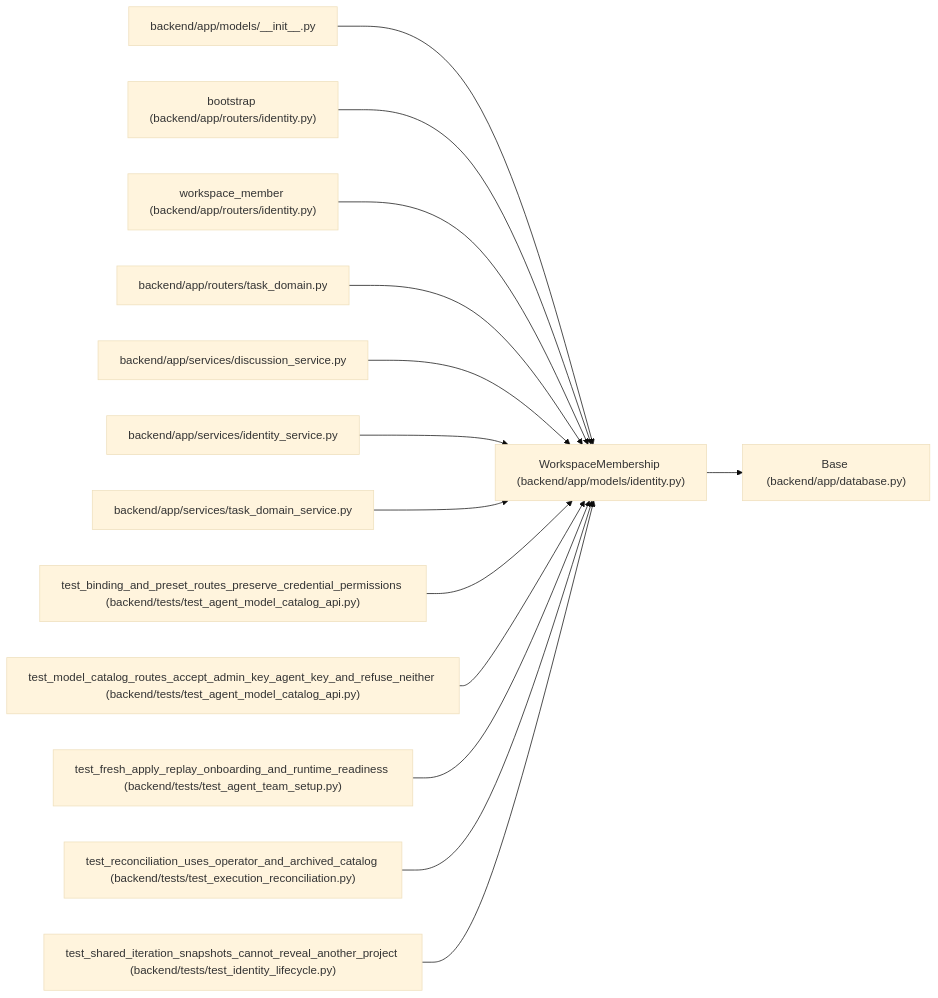
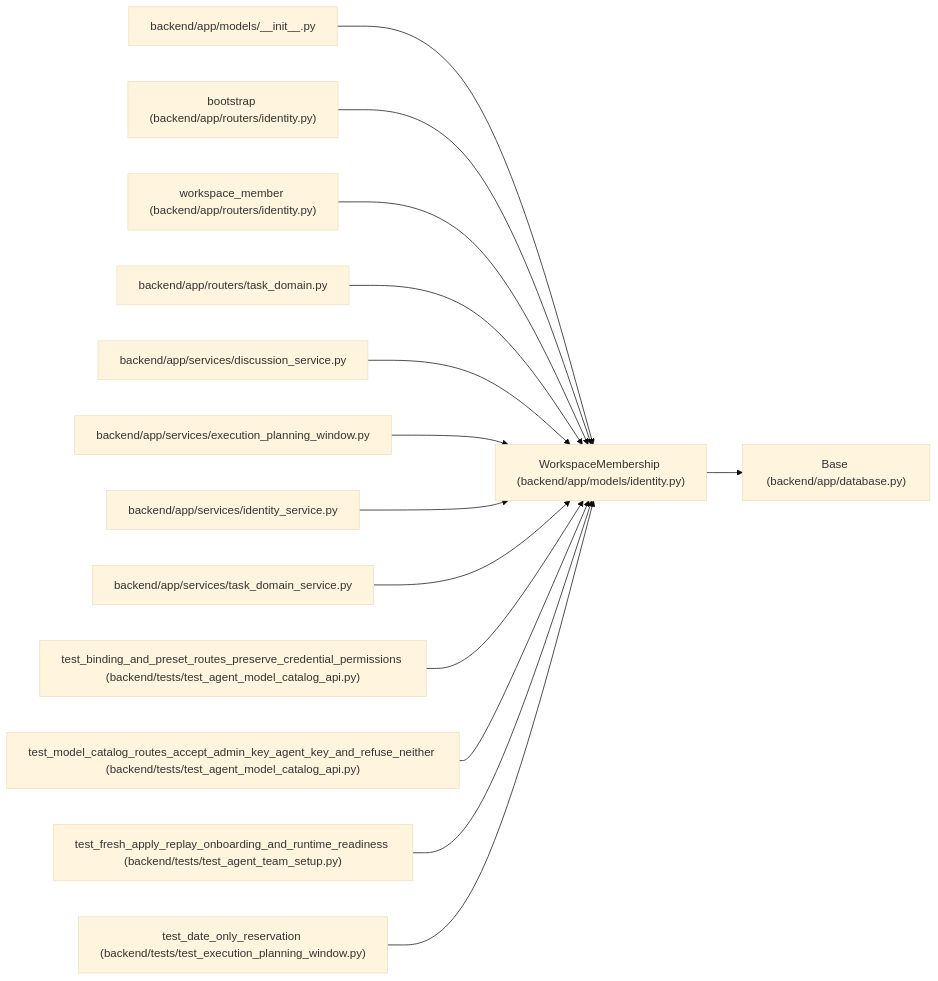
Before and after one commit to Denissvgn/WorkChord: the diagram in docs/llm_wiki/entities/WorkspaceMembership.md, drawn with Mermaid (base theme). The commit also changed other lines of this file and 868 other files, not shown here.

Commit message:
Document authenticated planning-window recovery and retained worker evidence

````diff
--- a/docs/llm_wiki/entities/WorkspaceMembership.md
+++ b/docs/llm_wiki/entities/WorkspaceMembership.md
@@ -27,44 +27,44 @@
 ```mermaid
 flowchart LR
     n0["WorkspaceMembership (backend/app/models/identity.py)"]
     n1["Base (backend/app/database.py)"]
     n2["backend/app/models/__init__.py"]
     n3["bootstrap (backend/app/routers/identity.py)"]
     n4["workspace_member (backend/app/routers/identity.py)"]
     n5["backend/app/routers/task_domain.py"]
     n6["backend/app/services/discussion_service.py"]
-    n7["backend/app/services/identity_service.py"]
-    n8["backend/app/services/task_domain_service.py"]
-    n9["test_binding_and_preset_routes_preserve_credential_permissions (backend/tests/test_agent_model_catalog_api.py)"]
-    n10["test_model_catalog_routes_accept_admin_key_agent_key_and_refuse_neither (backend/tests/test_agent_model_catalog_api.py)"]
-    n11["test_fresh_apply_replay_onboarding_and_runtime_readiness (backend/tests/test_agent_team_setup.py)"]
-    n12["test_reconciliation_uses_operator_and_archived_catalog (backend/tests/test_execution_reconciliation.py)"]
-    n13["test_shared_iteration_snapshots_cannot_reveal_another_project (backend/tests/test_identity_lifecycle.py)"]
+    n7["backend/app/services/execution_planning_window.py"]
+    n8["backend/app/services/identity_service.py"]
+    n9["backend/app/services/task_domain_service.py"]
+    n10["test_binding_and_preset_routes_preserve_credential_permissions (backend/tests/test_agent_model_catalog_api.py)"]
+    n11["test_model_catalog_routes_accept_admin_key_agent_key_and_refuse_neither (backend/tests/test_agent_model_catalog_api.py)"]
+    n12["test_fresh_apply_replay_onboarding_and_runtime_readiness (backend/tests/test_agent_team_setup.py)"]
+    n13["test_date_only_reservation (backend/tests/test_execution_planning_window.py)"]
     n0 --> n1
     n2 --> n0
     n3 --> n0
     n4 --> n0
     n5 --> n0
     n6 --> n0
     n7 --> n0
     n8 --> n0
     n9 --> n0
     n10 --> n0
     n11 --> n0
     n12 --> n0
     n13 --> n0
     click n0 "../modules/models_identity.md"
     click n1 "../modules/app_database.md"
     click n2 "../modules/models___init__.md"
     click n3 "../modules/routers_identity.md"
     click n4 "../modules/routers_identity.md"
     click n5 "../modules/routers_task_domain.md"
     click n6 "../modules/discussion_service.md"
-    click n7 "../modules/identity_service.md"
-    click n8 "../modules/task_domain_service.md"
-    click n9 "../modules/test_agent_model_catalog_api.md"
+    click n7 "../modules/execution_planning_window.md"
+    click n8 "../modules/identity_service.md"
+    click n9 "../modules/task_domain_service.md"
     click n10 "../modules/test_agent_model_catalog_api.md"
-    click n11 "../modules/test_agent_team_setup.md"
-    click n12 "../modules/test_execution_reconciliation.md"
-    click n13 "../modules/test_identity_lifecycle.md"
+    click n11 "../modules/test_agent_model_catalog_api.md"
+    click n12 "../modules/test_agent_team_setup.md"
+    click n13 "../modules/test_execution_planning_window.md"
 ```
````
